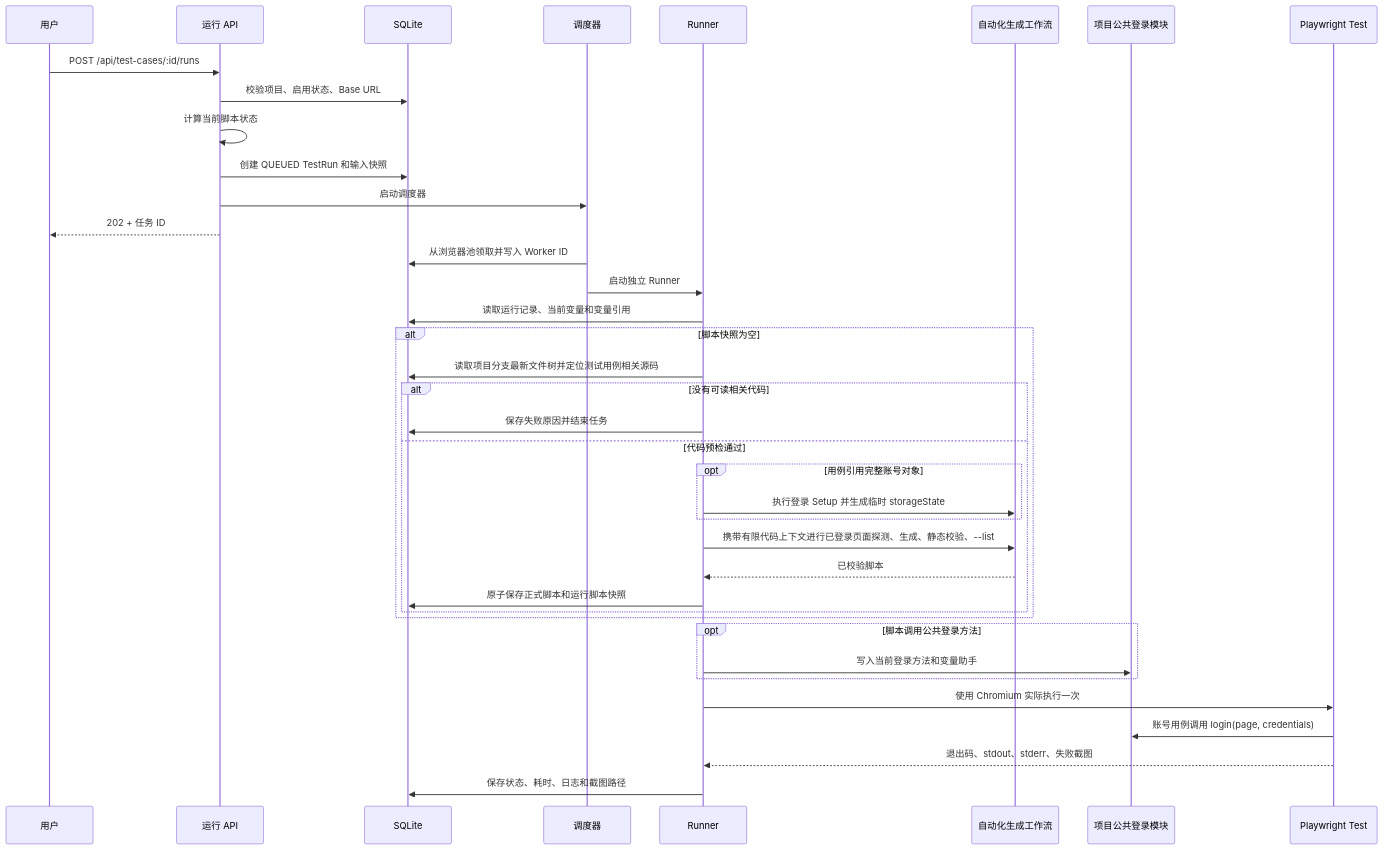
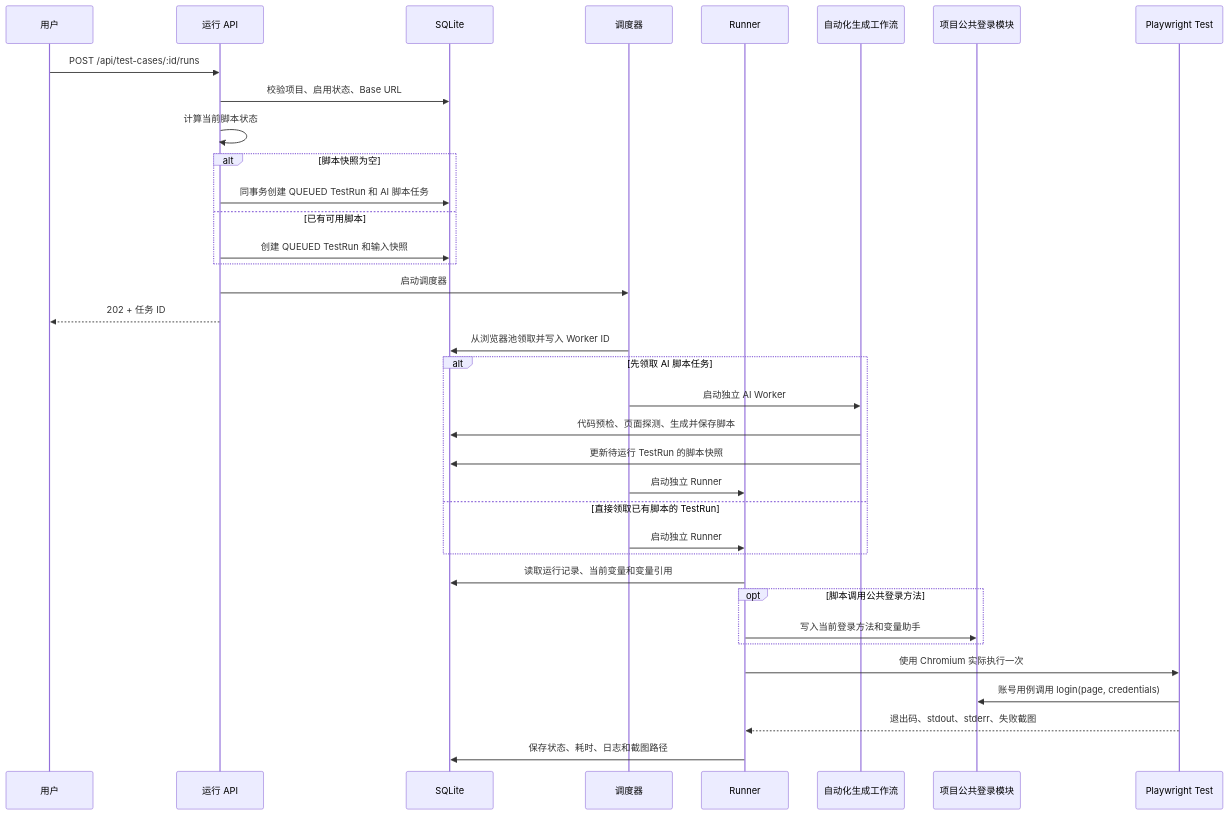
The tenth of 10 diagrams in docs/代码架构与运行机制.md (qianzgcn/spec-chain), drawn with Mermaid before and after one commit. The commit also changed other lines of this file and 10 other files, not shown here.

Commit message:
feat: create automation task before test run

````diff
--- a/docs/代码架构与运行机制.md
+++ b/docs/代码架构与运行机制.md
@@ -1796,41 +1796,39 @@
 ```mermaid
 sequenceDiagram
   participant U as 用户
   participant API as 运行 API
   participant D as SQLite
   participant S as 调度器
   participant R as Runner
   participant A as 自动化生成工作流
   participant L as 项目公共登录模块
   participant P as Playwright Test
 
   U->>API: POST /api/test-cases/:id/runs
   API->>D: 校验项目、启用状态、Base URL
   API->>API: 计算当前脚本状态
-  API->>D: 创建 QUEUED TestRun 和输入快照
+  alt 脚本快照为空
+    API->>D: 同事务创建 QUEUED TestRun 和 AI 脚本任务
+  else 已有可用脚本
+    API->>D: 创建 QUEUED TestRun 和输入快照
+  end
   API->>S: 启动调度器
   API-->>U: 202 + 任务 ID
   S->>D: 从浏览器池领取并写入 Worker ID
-  S->>R: 启动独立 Runner
+  alt 先领取 AI 脚本任务
+    S->>A: 启动独立 AI Worker
+    A->>D: 代码预检、页面探测、生成并保存脚本
+    A->>D: 更新待运行 TestRun 的脚本快照
+    S->>R: 启动独立 Runner
+  else 直接领取已有脚本的 TestRun
+    S->>R: 启动独立 Runner
+  end
   R->>D: 读取运行记录、当前变量和变量引用
-  alt 脚本快照为空
-    R->>D: 读取项目分支最新文件树并定位测试用例相关源码
-    alt 没有可读相关代码
-      R->>D: 保存失败原因并结束任务
-    else 代码预检通过
-    opt 用例引用完整账号对象
-      R->>A: 执行登录 Setup 并生成临时 storageState
-    end
-    R->>A: 携带有限代码上下文进行已登录页面探测、生成、静态校验、--list
-    A-->>R: 已校验脚本
-    R->>D: 原子保存正式脚本和运行脚本快照
-    end
-  end
   opt 脚本调用公共登录方法
     R->>L: 写入当前登录方法和变量助手
   end
   R->>P: 使用 Chromium 实际执行一次
   P->>L: 账号用例调用 login(page, credentials)
   P-->>R: 退出码、stdout、stderr、失败截图
   R->>D: 保存状态、耗时、日志和截图路径
 ```
````
